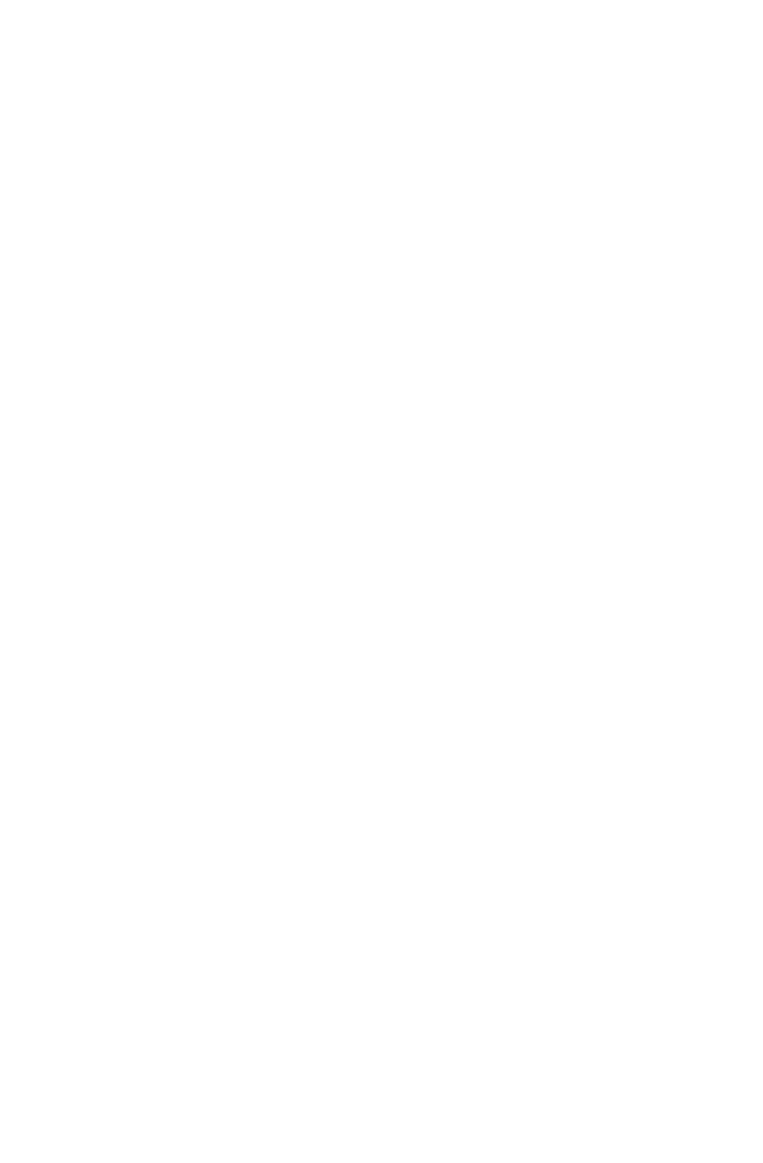
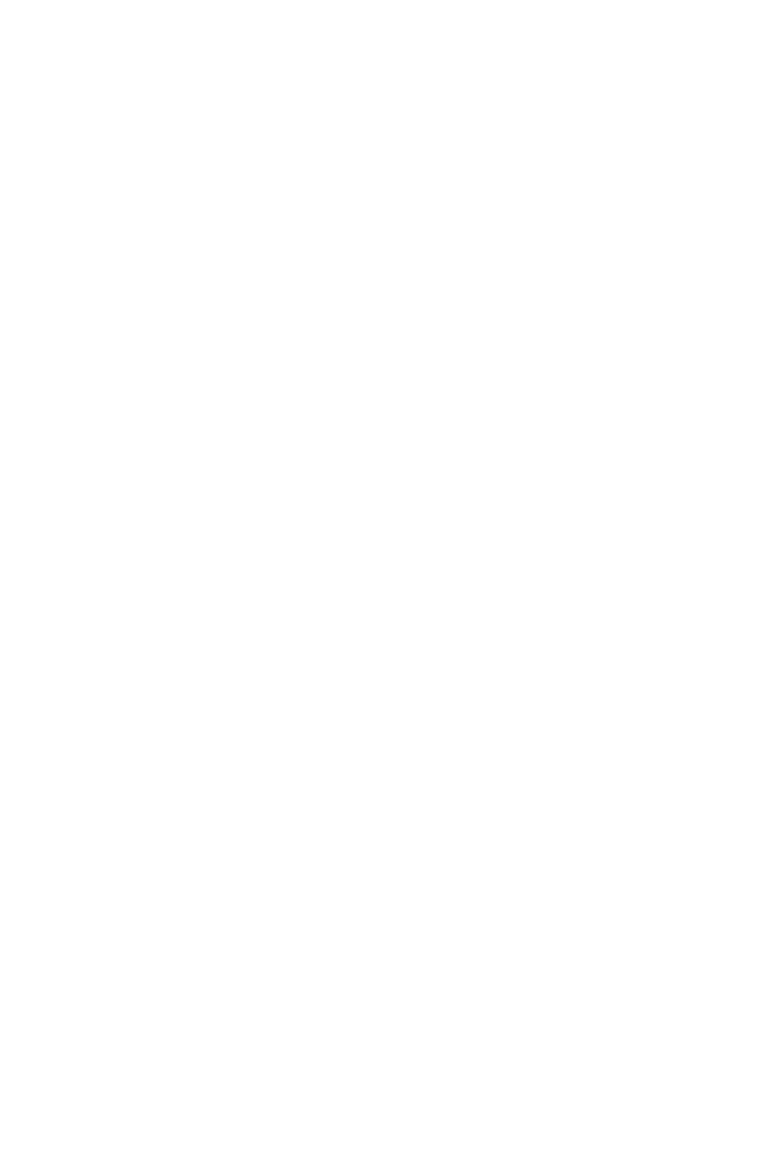
One commit to dodokek/ProgrammingLanguage changed the diagram in backend/data/graph.dot. Above: the diagram before and after it, drawn with Graphviz. The commit also changed 3 other files, not shown here.

```diff
--- a/backend/data/graph.dot
+++ b/backend/data/graph.dot
@@ -1,40 +1,40 @@
 
     digraph g {
         dpi      = 200;
         fontname = "Comic Sans MS";
         fontsize = 20;
         rankdir   =  TB;
         edge [color = darkgrey, arrowhead = onormal, arrowsize = 1, penwidth = 1.2]
         graph[fillcolor = lightgreen, ranksep = 1.3, nodesep = 0.5,
         style = "rounded, filled",color = green, penwidth = 2]
 
-    Node00000216aa0a66d0[shape=record, width=0.2, style="filled", color="red", fillcolor="#DBB585",label=" {Type: operation | value: ST}"] 
+    Node0000021f42bb66d0[shape=record, width=0.2, style="filled", color="red", fillcolor="#DBB585",label=" {Type: operation | value: ST}"] 
  
-Node00000216aa0a66a0[shape=record, width=0.2, style="filled", color="red", fillcolor="#DBB585",label=" {Type: operation | value: IF}"] 
+Node0000021f42bb66a0[shape=record, width=0.2, style="filled", color="red", fillcolor="#DBB585",label=" {Type: operation | value: IF}"] 
  
-Node00000216aa0a6580[shape=record, width=0.2, style="filled", color="red", fillcolor="#DBB585",label=" {Type: operation | value: IS_NE}"] 
+Node0000021f42bb6580[shape=record, width=0.2, style="filled", color="red", fillcolor="#DBB585",label=" {Type: operation | value: IS_NE}"] 
  
-Node00000216aa0a1d30[shape=record, width=0.2, style="filled", color="red", fillcolor="#DB8E21",label=" {Type: number | value: 2}"] 
+Node0000021f42bb1d30[shape=record, width=0.2, style="filled", color="red", fillcolor="#DB8E21",label=" {Type: number | value: 2}"] 
  
-Node00000216aa0a1d60[shape=record, width=0.2, style="filled", color="red", fillcolor="#DB8E21",label=" {Type: number | value: 2}"] 
+Node0000021f42bb1d60[shape=record, width=0.2, style="filled", color="red", fillcolor="#DB8E21",label=" {Type: number | value: 2}"] 
  
-Node00000216aa0a6670[shape=record, width=0.2, style="filled", color="red", fillcolor="#DBB585",label=" {Type: operation | value: ELSE}"] 
+Node0000021f42bb6670[shape=record, width=0.2, style="filled", color="red", fillcolor="#DBB585",label=" {Type: operation | value: ELSE}"] 
  
-Node00000216aa0a6640[shape=record, width=0.2, style="filled", color="red", fillcolor="#DBB585",label=" {Type: operation | value: ST}"] 
+Node0000021f42bb6640[shape=record, width=0.2, style="filled", color="red", fillcolor="#DBB585",label=" {Type: operation | value: ST}"] 
  
-Node00000216aa0a6610[shape=record, width=0.2, style="filled", color="red", fillcolor="#DBB585",label=" {Type: operation | value: VAR}"] 
+Node0000021f42bb6610[shape=record, width=0.2, style="filled", color="red", fillcolor="#DBB585",label=" {Type: operation | value: VAR}"] 
  
-Node00000216aa0a65b0[shape=record, width=0.2, style="filled", color="red", fillcolor="#19DB27",label=" {Function name |Name: kot}"] 
+Node0000021f42bb65b0[shape=record, width=0.2, style="filled", color="red", fillcolor="#19DB27",label=" {Type: variable | value: kot}"] 
  
-Node00000216aa0a65e0[shape=record, width=0.2, style="filled", color="red", fillcolor="#DB8E21",label=" {Type: number | value: 1}"] 
+Node0000021f42bb65e0[shape=record, width=0.2, style="filled", color="red", fillcolor="#DB8E21",label=" {Type: number | value: 1}"] 
  
-Node00000216aa0a66d0->Node00000216aa0a66a0
-Node00000216aa0a66a0->Node00000216aa0a6580
-Node00000216aa0a6580->Node00000216aa0a1d30
-Node00000216aa0a6580->Node00000216aa0a1d60
-Node00000216aa0a66a0->Node00000216aa0a6670
-Node00000216aa0a6670->Node00000216aa0a6640
-Node00000216aa0a6640->Node00000216aa0a6610
-Node00000216aa0a6610->Node00000216aa0a65b0
-Node00000216aa0a6610->Node00000216aa0a65e0
+Node0000021f42bb66d0->Node0000021f42bb66a0
+Node0000021f42bb66a0->Node0000021f42bb6580
+Node0000021f42bb6580->Node0000021f42bb1d30
+Node0000021f42bb6580->Node0000021f42bb1d60
+Node0000021f42bb66a0->Node0000021f42bb6670
+Node0000021f42bb6670->Node0000021f42bb6640
+Node0000021f42bb6640->Node0000021f42bb6610
+Node0000021f42bb6610->Node0000021f42bb65b0
+Node0000021f42bb6610->Node0000021f42bb65e0
 }
```
